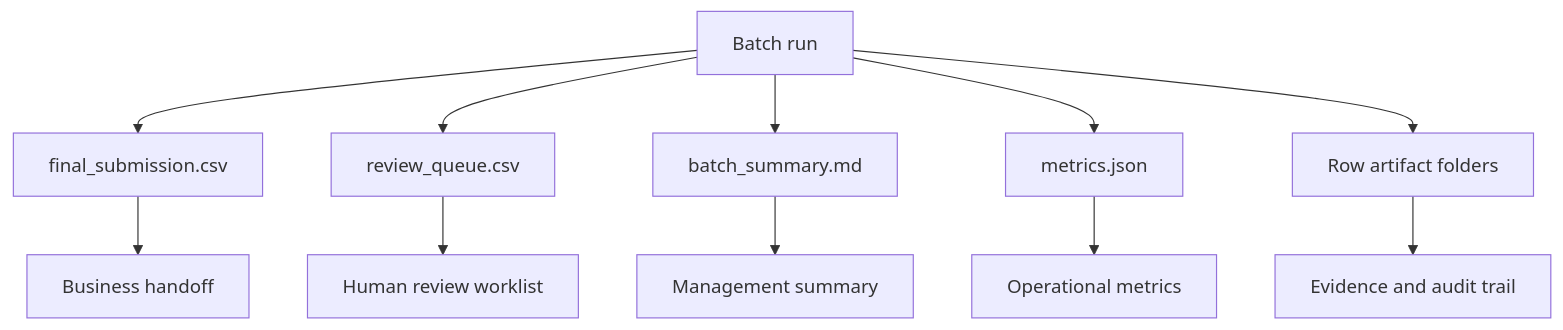
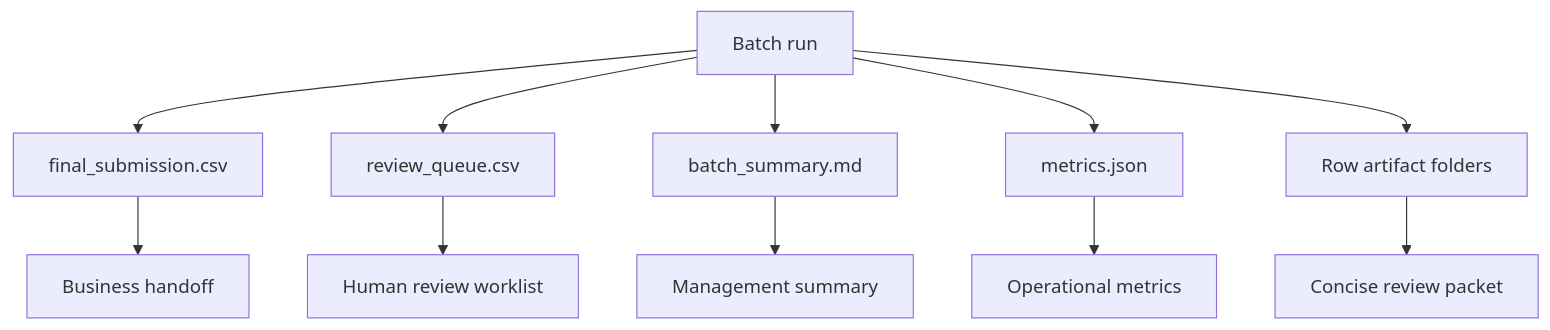
The first of 5 diagrams in docs/ARTIFACT_GUIDE.md (Akilankm/web_search_tool), drawn with Mermaid before and after one commit. The commit also changed other lines of this file, not shown here.

Commit message:
Update artifact guide for concise review packet

````diff
--- a/docs/ARTIFACT_GUIDE.md
+++ b/docs/ARTIFACT_GUIDE.md
@@ -16,14 +21,14 @@
 ```mermaid
 flowchart TD
     A[Batch run] --> B[final_submission.csv]
     A --> C[review_queue.csv]
     A --> D[batch_summary.md]
     A --> E[metrics.json]
     A --> F[Row artifact folders]
 
     B --> G[Business handoff]
     C --> H[Human review worklist]
     D --> I[Management summary]
     E --> J[Operational metrics]
-    F --> K[Evidence and audit trail]
+    F --> K[Concise review packet]
 ```
````
